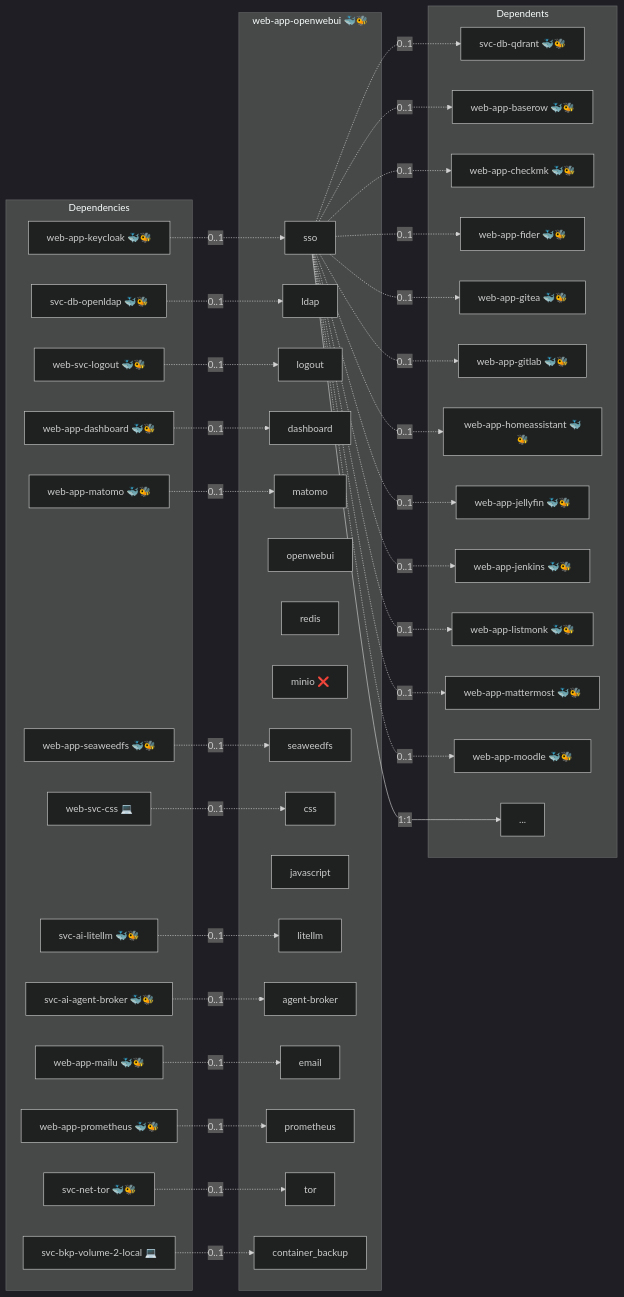
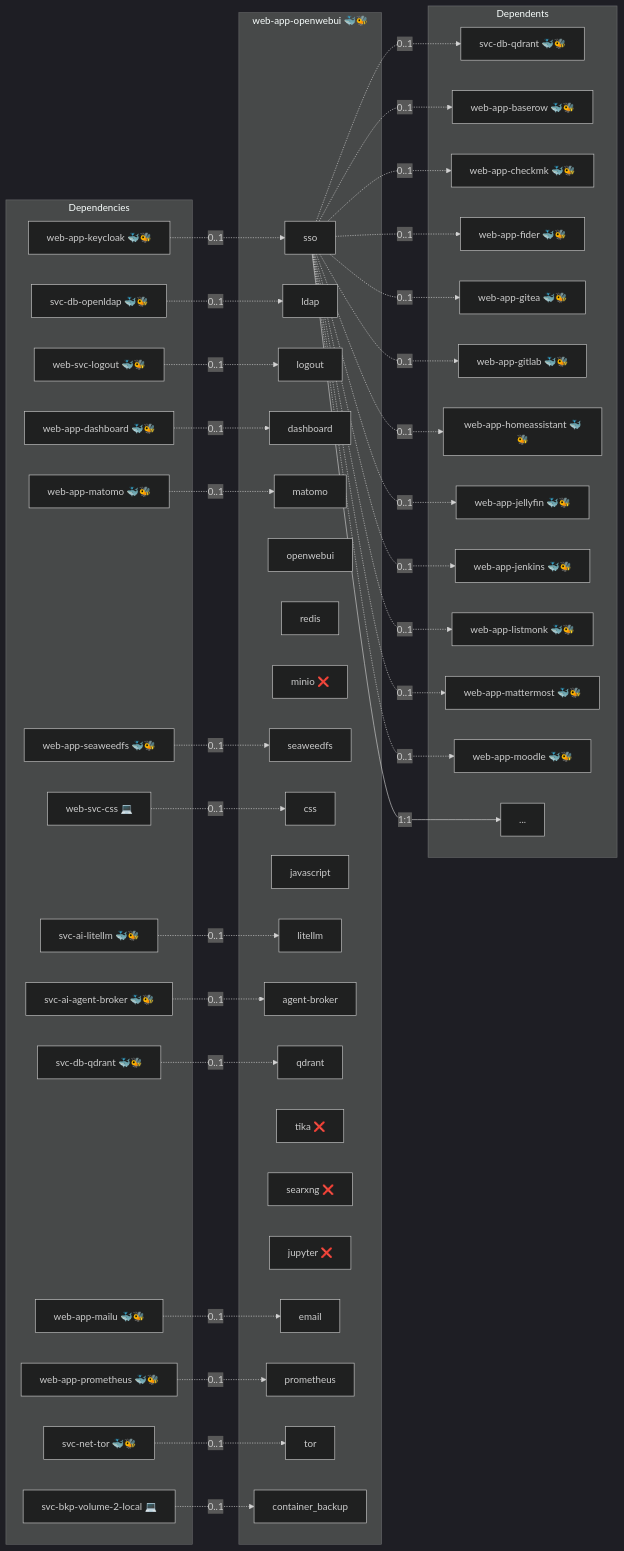
Before and after one commit to infinito-nexus/core: the diagram in roles/web-app-openwebui/README.md, drawn with Mermaid (dark theme). The commit also changed other lines of this file and 41 other files, not shown here.

```diff
--- a/roles/web-app-openwebui/README.md
+++ b/roles/web-app-openwebui/README.md
@@ -19,6 +30,7 @@
         dep_svc_ai_litellm["svc-ai-litellm 🐳🐝"]
         dep_svc_bkp_volume_2_local["svc-bkp-volume-2-local 💻"]
         dep_svc_db_openldap["svc-db-openldap 🐳🐝"]
+        dep_svc_db_qdrant["svc-db-qdrant 🐳🐝"]
         dep_svc_net_tor["svc-net-tor 🐳🐝"]
         dep_web_app_dashboard["web-app-dashboard 🐳🐝"]
         dep_web_app_keycloak["web-app-keycloak 🐳🐝"]
@@ -43,6 +55,10 @@
         svc_javascript["javascript"]
         svc_litellm["litellm"]
         svc_agent_broker["agent-broker"]
+        svc_qdrant["qdrant"]
+        svc_tika["tika ❌"]
+        svc_searxng["searxng ❌"]
+        svc_jupyter["jupyter ❌"]
         svc_email["email"]
         svc_prometheus["prometheus"]
         svc_tor["tor"]
@@ -67,6 +83,7 @@
     dep_svc_ai_litellm -. "0..1" .-> svc_litellm
     dep_svc_bkp_volume_2_local -. "0..1" .-> svc_container_backup
     dep_svc_db_openldap -. "0..1" .-> svc_ldap
+    dep_svc_db_qdrant -. "0..1" .-> svc_qdrant
     dep_svc_net_tor -. "0..1" .-> svc_tor
     dep_web_app_dashboard -. "0..1" .-> svc_dashboard
     dep_web_app_keycloak -. "0..1" .-> svc_sso
```
